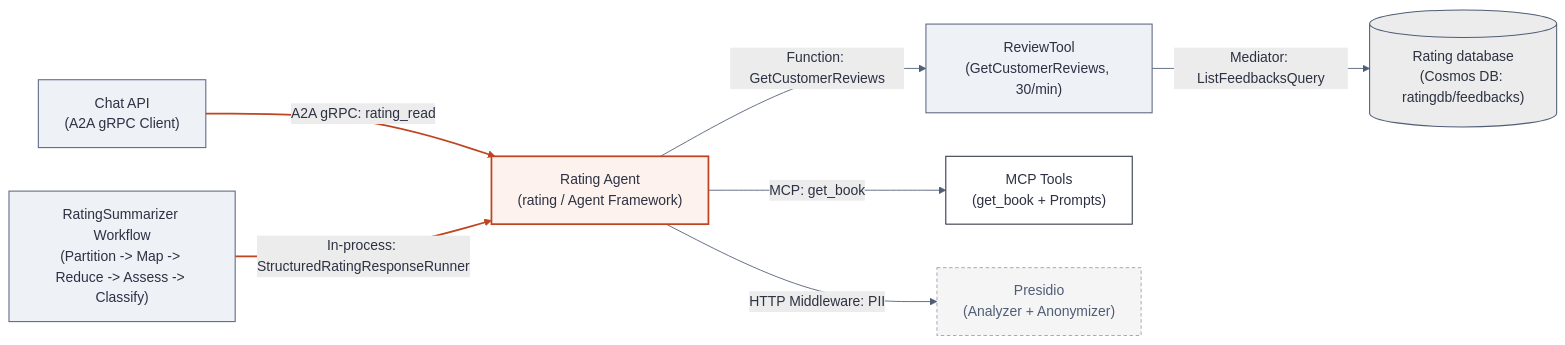
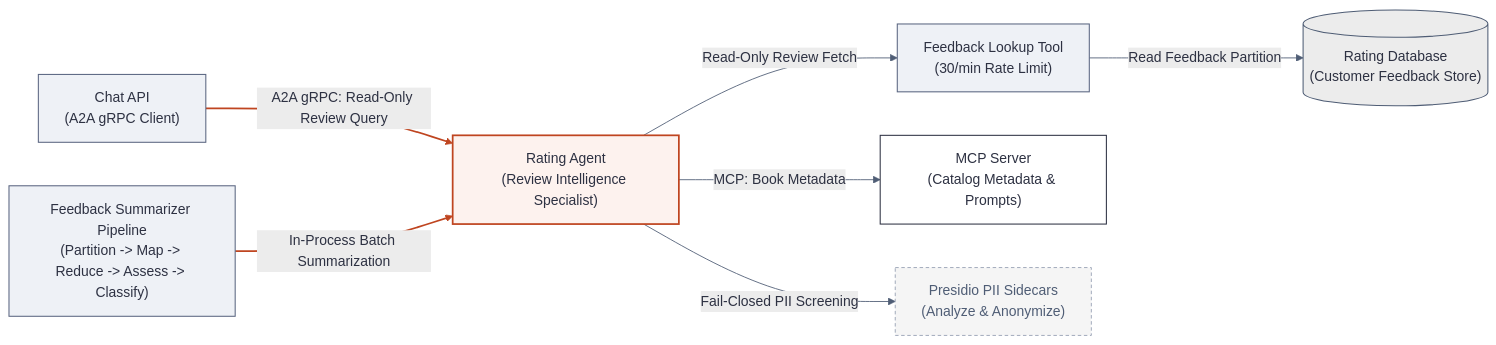
Before and after one commit to foxminchan/BookWorm: the diagram in docs/domains/BookWorm/subdomains/Reviews/agents/rating-agent/mermaids/rating-agent-diagram-1.mmd, drawn with Mermaid. The commit also changed 630 other files, not shown here.

Commit message:
Enhance documentation and diagrams (#1864)

```diff
--- a/docs/domains/BookWorm/subdomains/Reviews/agents/rating-agent/mermaids/rating-agent-diagram-1.mmd
+++ b/docs/domains/BookWorm/subdomains/Reviews/agents/rating-agent/mermaids/rating-agent-diagram-1.mmd
@@ -1,29 +1,29 @@
 %%{init: {'theme': 'base', 'themeVariables': {'background': '#f5f5f5', 'primaryColor': '#ffffff', 'primaryTextColor': '#2d3142', 'primaryBorderColor': '#2d3142', 'secondaryColor': '#ececec', 'secondaryBorderColor': '#4f5d75', 'tertiaryColor': '#fdf2ee', 'tertiaryBorderColor': '#bf4520', 'lineColor': '#4f5d75', 'textColor': '#2d3142', 'clusterBkg': '#f8f9fa', 'clusterBorder': '#bfc0c0', 'fontFamily': 'Geist, system-ui, sans-serif'}}}%%
 flowchart LR
 	chat["Chat API\n(A2A gRPC Client)"]
-	summarizer["RatingSummarizer Workflow\n(Partition -> Map -> Reduce -> Assess -> Classify)"]
-	agent["Rating Agent\n(rating / Agent Framework)"]
-	reviewTool["ReviewTool\n(GetCustomerReviews, 30/min)"]
-	mcp["MCP Tools\n(get_book + Prompts)"]
-	presidio["Presidio\n(Analyzer + Anonymizer)"]
-	cosmos[("Rating database\n(Cosmos DB: ratingdb/feedbacks)")]
+	summarizer["Feedback Summarizer Pipeline\n(Partition -> Map -> Reduce -> Assess -> Classify)"]
+	agent["Rating Agent\n(Review Intelligence Specialist)"]
+	reviewTool["Feedback Lookup Tool\n(30/min Rate Limit)"]
+	mcp["MCP Server\n(Catalog Metadata & Prompts)"]
+	presidio["Presidio PII Sidecars\n(Analyze & Anonymize)"]
+	cosmos[("Rating Database\n(Customer Feedback Store)")]
 
-	chat --> |"A2A gRPC: rating_read"| agent
-	summarizer --> |"In-process: StructuredRatingResponseRunner"| agent
-	agent --> |"Function: GetCustomerReviews"| reviewTool
-	reviewTool --> |"Mediator: ListFeedbacksQuery"| cosmos
-	agent --> |"MCP: get_book"| mcp
-	agent --> |"HTTP Middleware: PII"| presidio
+	chat --> |"A2A gRPC: Read-Only Review Query"| agent
+	summarizer --> |"In-Process Batch Summarization"| agent
+	agent --> |"Read-Only Review Fetch"| reviewTool
+	reviewTool --> |"Read Feedback Partition"| cosmos
+	agent --> |"MCP: Book Metadata"| mcp
+	agent --> |"Fail-Closed PII Screening"| presidio
 
 	classDef focal fill:#fdf2ee,stroke:#bf4520,stroke-width:2px,color:#2d3142
 	classDef service fill:#ffffff,stroke:#2d3142,stroke-width:1.2px,color:#2d3142
 	classDef store fill:#ececec,stroke:#4f5d75,stroke-width:1.2px,color:#2d3142
 	classDef input fill:#eef1f6,stroke:#5a6580,stroke-width:1.2px,color:#2d3142
 	classDef ext fill:#f5f5f5,stroke:#949eb2,stroke-width:1px,stroke-dasharray:4 3,color:#4f5d75
 	class agent focal
 	class mcp service
 	class cosmos store
 	class chat,summarizer,reviewTool input
 	class presidio ext
 	linkStyle 0 stroke:#bf4520,stroke-width:2px
 	linkStyle 1 stroke:#bf4520,stroke-width:2px
```
